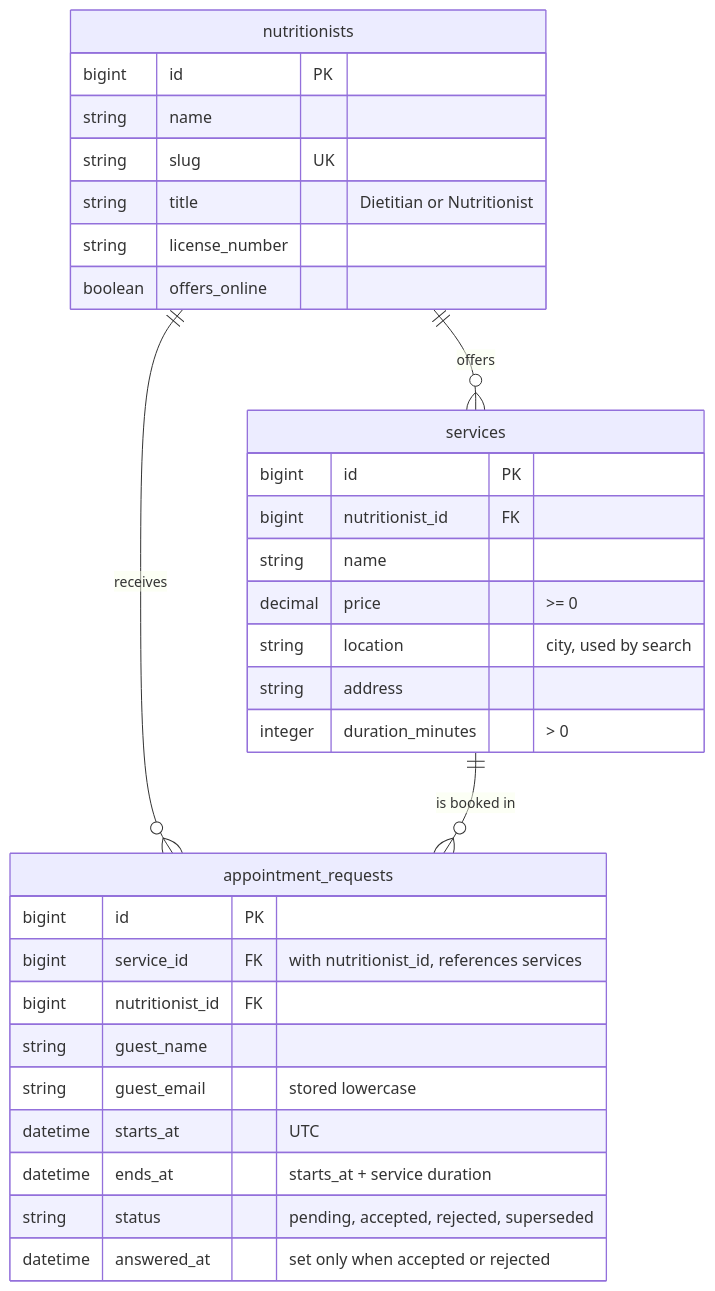
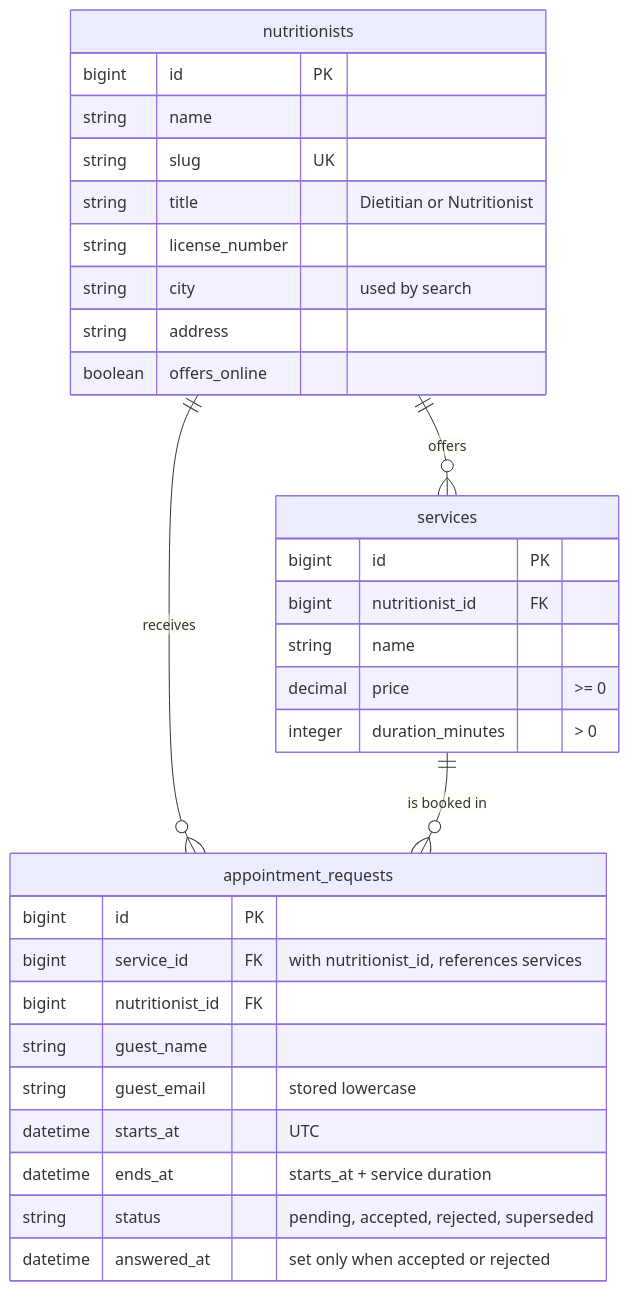
Before and after one commit to rgllm/NutriBook: the diagram in README.md, drawn with Mermaid. The commit also changed other lines of this file and 13 other files, not shown here.

First line of the commit message:
refactor(backend): move city and address from services to nutritionists

````diff
--- a/README.md
+++ b/README.md
@@ -64,37 +64,37 @@
 ```mermaid
 erDiagram
     nutritionists ||--o{ services : offers
     nutritionists ||--o{ appointment_requests : receives
     services ||--o{ appointment_requests : "is booked in"
 
     nutritionists {
         bigint id PK
         string name
         string slug UK
         string title "Dietitian or Nutritionist"
         string license_number
+        string city "used by search"
+        string address
         boolean offers_online
     }
 
     services {
         bigint id PK
         bigint nutritionist_id FK
         string name
         decimal price ">= 0"
-        string location "city, used by search"
-        string address
         integer duration_minutes "> 0"
     }
 
     appointment_requests {
         bigint id PK
         bigint service_id FK "with nutritionist_id, references services"
         bigint nutritionist_id FK
         string guest_name
         string guest_email "stored lowercase"
         datetime starts_at "UTC"
         datetime ends_at "starts_at + service duration"
         string status "pending, accepted, rejected, superseded"
         datetime answered_at "set only when accepted or rejected"
     }
 ```
````
